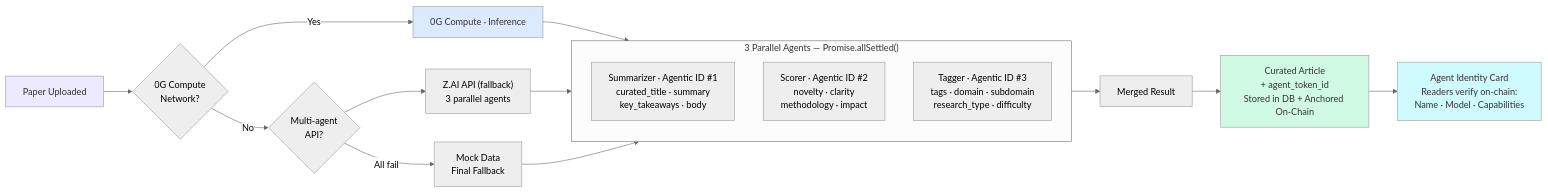
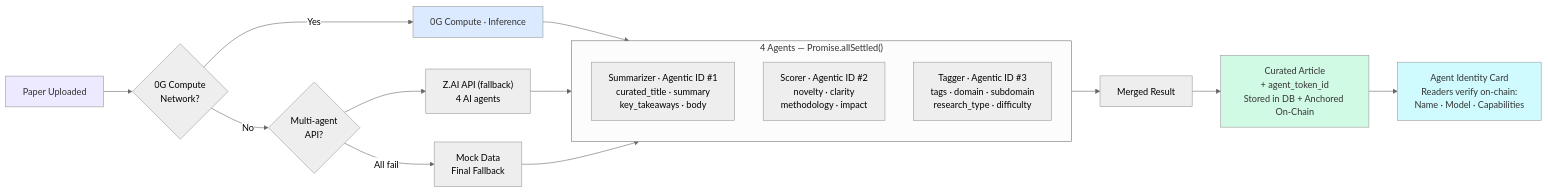
Before and after one commit to dwlpra/rumah-peneliti: the third of 5 diagrams in README.md, drawn with Mermaid (neutral theme). The commit also changed other lines of this file, not shown here.

Commit message:
fix: clean up README — consistent 5 components, 4 agents, 11 pages, 77 tests, remove broken refs

````diff
--- a/README.md
+++ b/README.md
@@ -286,30 +286,30 @@
 ```mermaid
 flowchart LR
     A[Paper Uploaded] --> B{0G Compute<br/>Network?}
     B -->|Yes| C[0G Compute · Inference]
     B -->|No| D{Multi-agent<br/>API?}
 
-    D --> E["Z.AI API (fallback)<br/>3 parallel agents"]
+    D --> E["Z.AI API (fallback)<br/>4 AI agents"]
     D -->|All fail| F[Mock Data<br/>Final Fallback]
 
     C --> G
     E --> G
     F --> G
 
-    subgraph G["3 Parallel Agents — Promise.allSettled()"]
+    subgraph G["4 Agents — Promise.allSettled()"]
         direction TB
         S["Summarizer · Agentic ID #1<br/>curated_title · summary<br/>key_takeaways · body"]
         SC["Scorer · Agentic ID #2<br/>novelty · clarity<br/>methodology · impact"]
         T["Tagger · Agentic ID #3<br/>tags · domain · subdomain<br/>research_type · difficulty"]
     end
 
     G --> J[Merged Result]
     J --> K["Curated Article<br/>+ agent_token_id<br/>Stored in DB + Anchored On-Chain"]
 
     K --> L["Agent Identity Card<br/>Readers verify on-chain:<br/>Name · Model · Capabilities"]
 
     style A fill:#ede9fe,color:#333
     style C fill:#dbeafe,color:#333
     style K fill:#d1fae5,color:#333
     style L fill:#cffafe,color:#333
 ```
````
